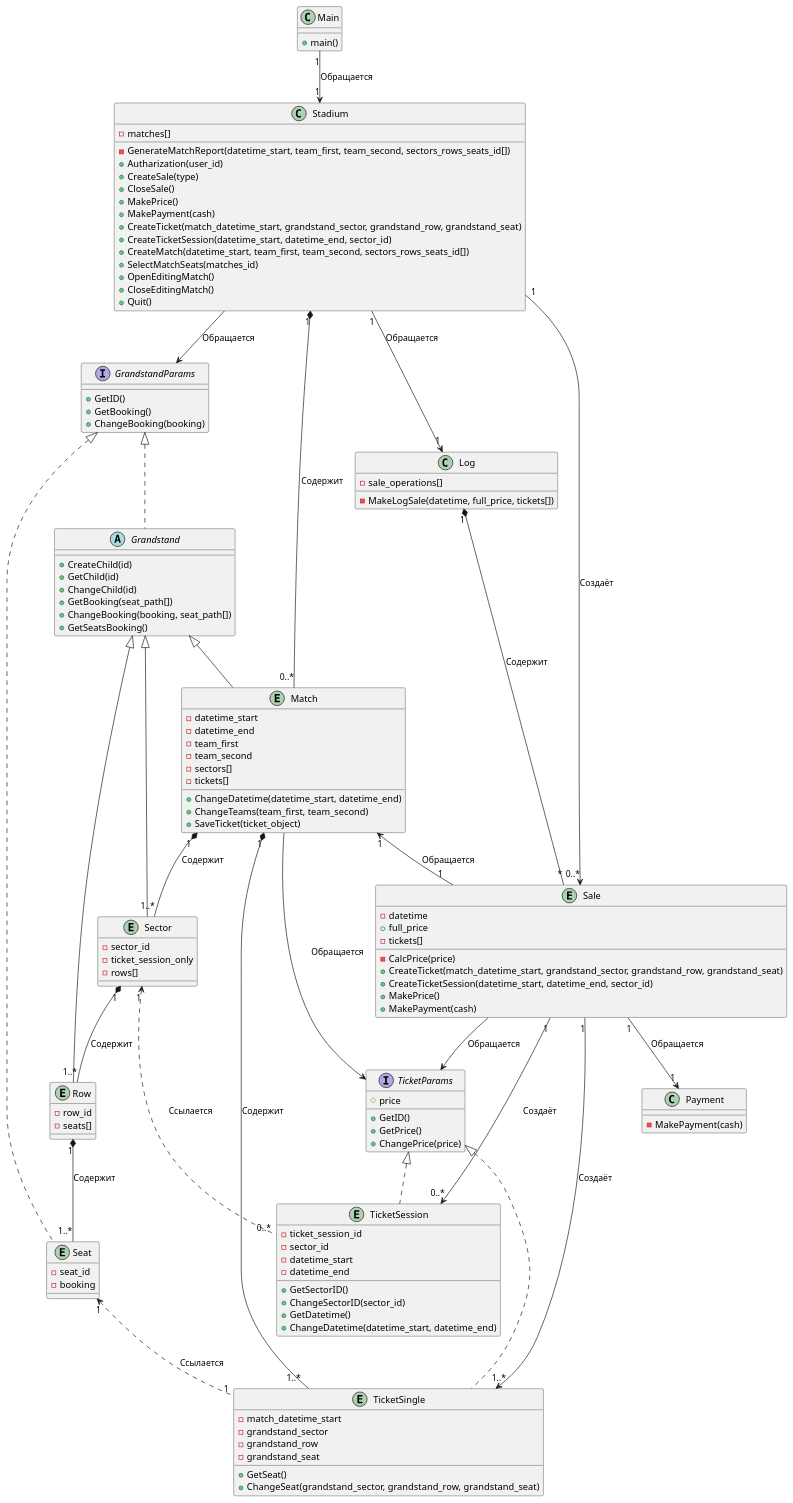
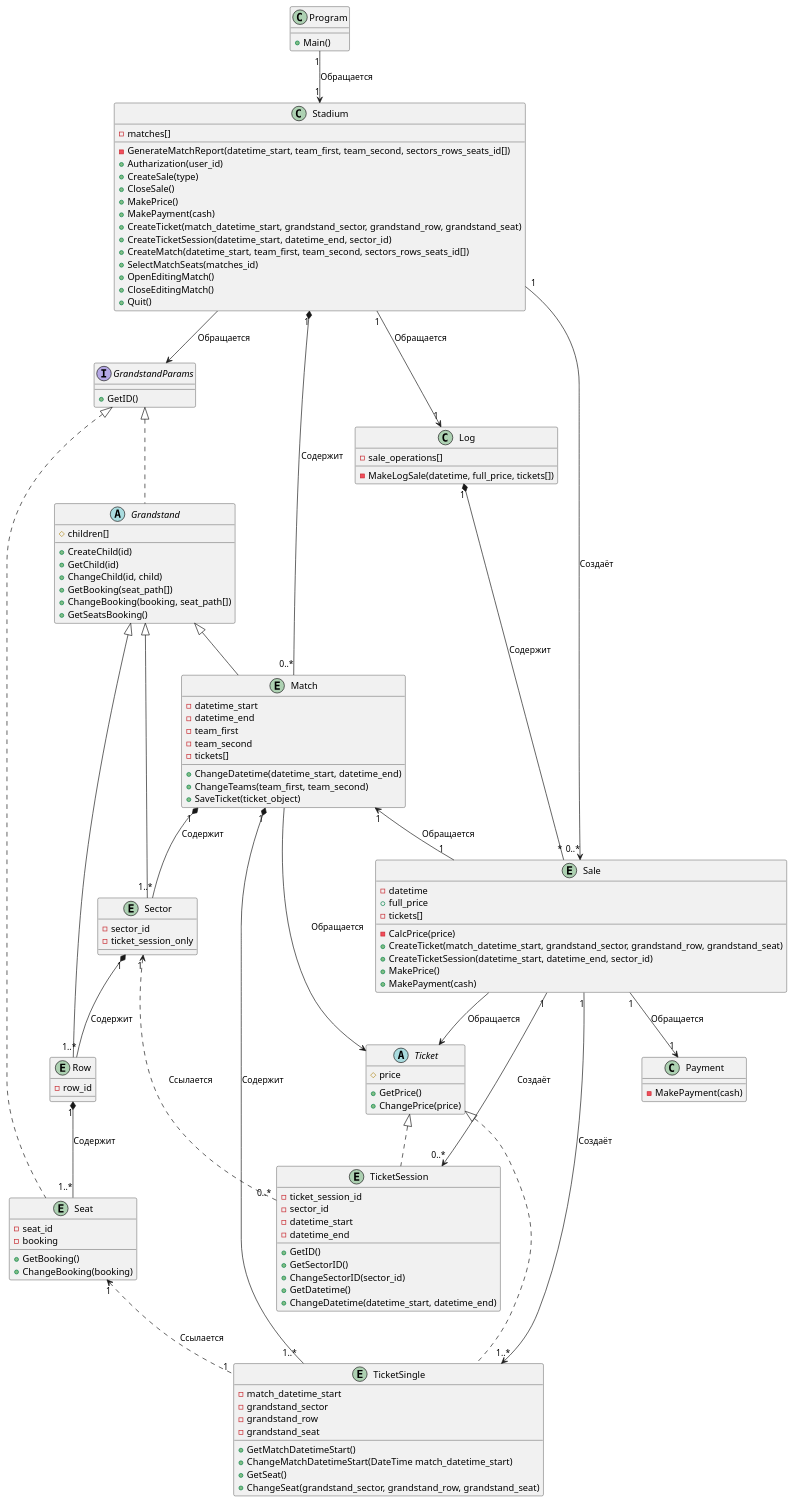
The diagram in Модель предметной области.md (penamarth/bsbo-03-23_team4_var10_football), drawn with PlantUML before and after one commit. The commit also changed 10 other files, not shown here.

````diff
--- a/Модель предметной области.md
+++ b/Модель предметной области.md
@@ -1,8 +1,8 @@
 ```plantuml
 @startuml
-class Main
+class Program
 {
-    + main()
+    + Main()
 }
 class Stadium
 {
@@ -22,12 +22,17 @@
     + Quit()
 }
 
+interface GrandstandParams
+{
+    + GetID()
+}
 
 abstract class Grandstand implements GrandstandParams
 {
+    # children[]
     + CreateChild(id)
     + GetChild(id)
-    + ChangeChild(id)
+    + ChangeChild(id, child)
     + GetBooking(seat_path[])
     + ChangeBooking(booking, seat_path[])
     + GetSeatsBooking()
@@ -39,7 +44,6 @@
     - datetime_end
     - team_first
     - team_second
-    - sectors[]
     - tickets[]
     + ChangeDatetime(datetime_start, datetime_end)
     + ChangeTeams(team_first, team_second)
@@ -50,37 +54,47 @@
 {
     - sector_id
     - ticket_session_only
-    - rows[]
 }
 
 entity Row extends Grandstand
 {
     - row_id
-    - seats[]
 }
 
 entity Seat implements GrandstandParams
 {
     - seat_id
     - booking
+    + GetBooking()
+    + ChangeBooking(booking)
 }
 
-entity TicketSingle implements TicketParams
+abstract class Ticket
+{
+    # price
+    + GetPrice()
+    + ChangePrice(price)
+}
+
+entity TicketSingle implements Ticket
 {
     - match_datetime_start
     - grandstand_sector
     - grandstand_row
     - grandstand_seat
+    + GetMatchDatetimeStart()
+    + ChangeMatchDatetimeStart(DateTime match_datetime_start)
     + GetSeat()
     + ChangeSeat(grandstand_sector, grandstand_row, grandstand_seat)
 }
 
-entity TicketSession implements TicketParams
+entity TicketSession implements Ticket
 {
     - ticket_session_id
     - sector_id
     - datetime_start
     - datetime_end
+    + GetID()
     + GetSectorID()
     + ChangeSectorID(sector_id)
     + GetDatetime()
@@ -110,22 +124,8 @@
     - MakeLogSale(datetime, full_price, tickets[])
 }
 
-interface GrandstandParams
-{
-    + GetID()
-    + GetBooking()
-    + ChangeBooking(booking)
-}
 
-interface TicketParams
-{
-    # price
-    + GetID()
-    + GetPrice()
-    + ChangePrice(price)
-}
-
-Main "1" --> "1" Stadium : Обращается
+Program "1" --> "1" Stadium : Обращается
 Stadium "1" *-- "0..*" Match : Содержит
 Stadium "1" --> "0..*" Sale : Создаёт
 Stadium "1" --> "1" Log : Обращается
@@ -145,7 +145,7 @@
 Log "1" *-- "*" Sale : Содержит
 
 Stadium --> GrandstandParams : Обращается
-Match --> TicketParams : Обращается
-Sale --> TicketParams : Обращается
+Match --> Ticket : Обращается
+Sale --> Ticket : Обращается
 @enduml
 ```
````
